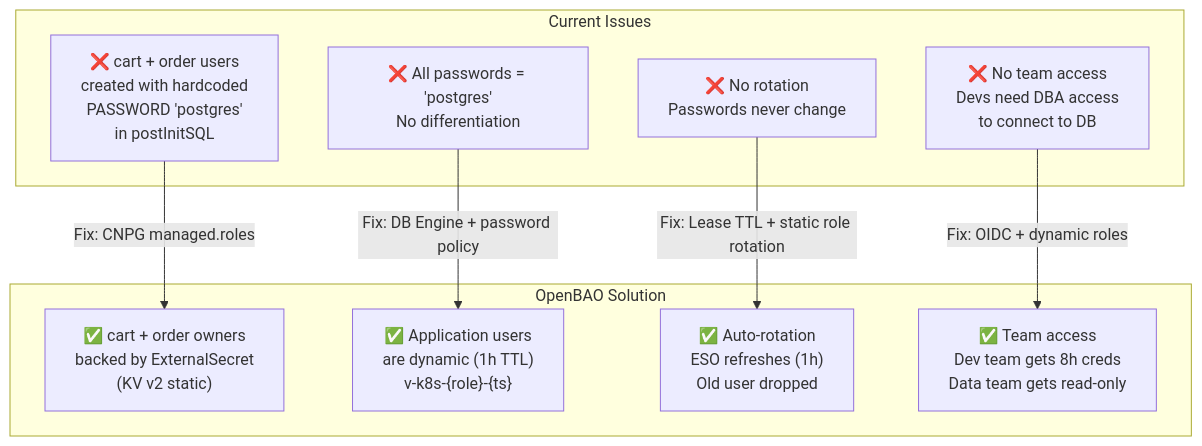
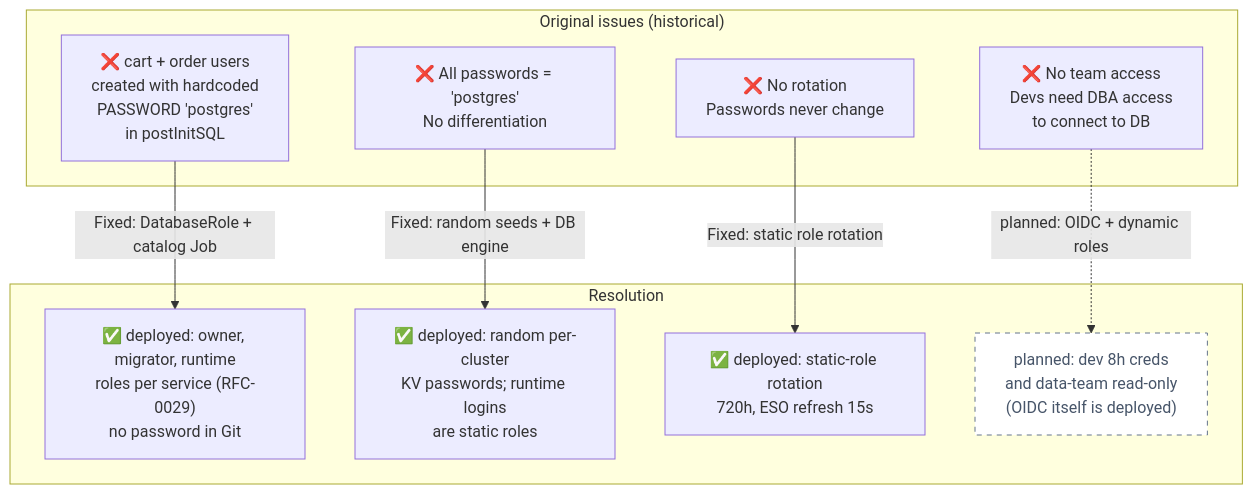
Diagram 11 of 19 in docs/secrets/openbao.md (duynhlab/homelab), drawn with Mermaid before and after one commit. The commit also changed other lines of this file and 92 other files, not shown here.

First line of the commit message:
Finalise ADR-089 and refresh database diagrams (#1337)

````diff
--- a/docs/secrets/openbao.md
+++ b/docs/secrets/openbao.md
@@ -630,21 +635,23 @@
 ```mermaid
 flowchart TD
-    subgraph problem["Current Issues"]
+    subgraph problem["Original issues (historical)"]
         p1["❌ cart + order users\ncreated with hardcoded\nPASSWORD 'postgres'\nin postInitSQL"]
         p2["❌ All passwords = 'postgres'\nNo differentiation"]
         p3["❌ No rotation\nPasswords never change"]
         p4["❌ No team access\nDevs need DBA access\nto connect to DB"]
     end
 
-    subgraph solution["OpenBAO Solution"]
-        s1["✅ cart + order owners\nbacked by ExternalSecret\n(KV v2 static)"]
-        s2["✅ Application users\nare dynamic (1h TTL)\nv-k8s-{role}-{ts}"]
-        s3["✅ Auto-rotation\nESO refreshes (1h)\nOld user dropped"]
-        s4["✅ Team access\nDev team gets 8h creds\nData team gets read-only"]
+    subgraph solution["Resolution"]
+        s1["✅ deployed: owner, migrator, runtime\nroles per service (RFC-0029)\nno password in Git"]
+        s2["✅ deployed: random per-cluster\nKV passwords; runtime logins\nare static roles"]
+        s3["✅ deployed: static-role rotation\n720h, ESO refresh 15s"]
+        s4["planned: dev 8h creds\nand data-team read-only\n(OIDC itself is deployed)"]:::planned
     end
 
-    p1 -->|"Fix: CNPG managed.roles"| s1
-    p2 -->|"Fix: DB Engine + password policy"| s2
-    p3 -->|"Fix: Lease TTL + static role rotation"| s3
-    p4 -->|"Fix: OIDC + dynamic roles"| s4
+    p1 -->|"Fixed: DatabaseRole + catalog Job"| s1
+    p2 -->|"Fixed: random seeds + DB engine"| s2
+    p3 -->|"Fixed: static role rotation"| s3
+    p4 -.->|"planned: OIDC + dynamic roles"| s4
+
+    classDef planned fill:#fff,color:#475569,stroke:#64748b,stroke-dasharray:5 5;
 ```
````
